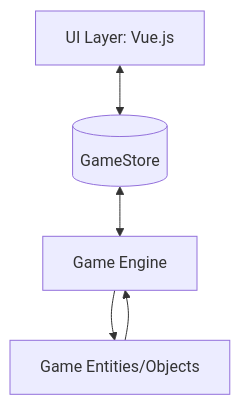
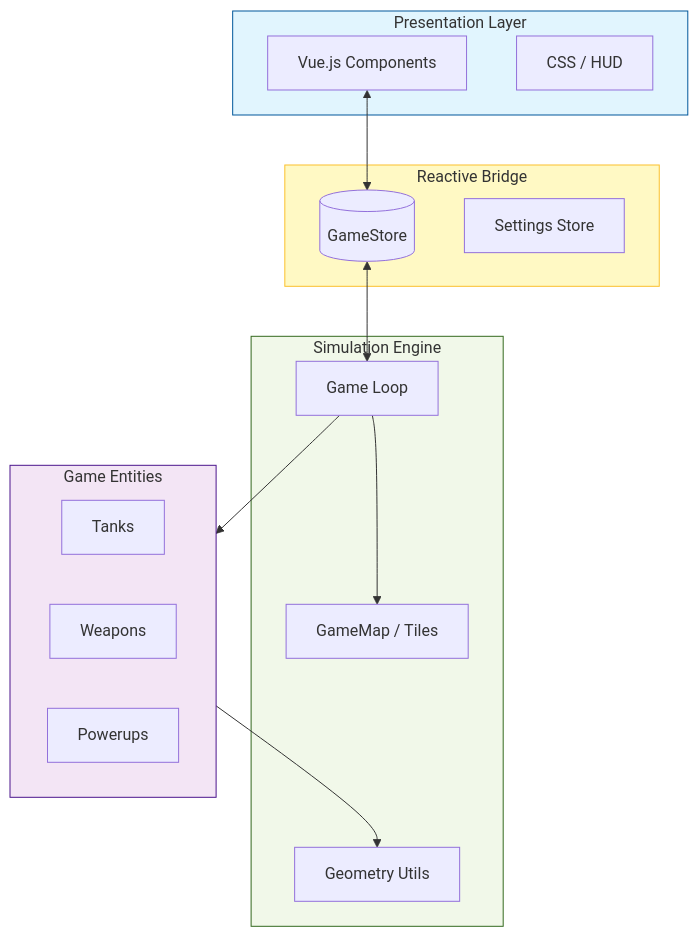
Before and after one commit to ctftnks/ctftnks.github.io: the first of 2 diagrams in docs/architecture/05_building_block_view.md, drawn with Mermaid. The commit also changed other lines of this file and 2 other files, not shown here.

Commit message:
docs: update architecture documentation

````diff
--- a/docs/architecture/05_building_block_view.md
+++ b/docs/architecture/05_building_block_view.md
@@ -7,12 +7,36 @@
 ```mermaid
 graph TD
-UI[UI Layer: Vue.js]
-    Engine[Game Engine]
-    Entities[Game Entities/Objects]
-    Store[(GameStore)]
+    subgraph UI [Presentation Layer]
+        Vue[Vue.js Components]
+        Style[CSS / HUD]
+    end
 
-UI <--> Store
-    Store <--> Engine
-    Engine --> Entities
-    Entities --> Engine
+    subgraph State [Reactive Bridge]
+        Store[(GameStore)]
+        Settings[Settings Store]
+    end
+
+    subgraph Engine [Simulation Engine]
+        Loop[Game Loop]
+        Map[GameMap / Tiles]
+        Physics[Geometry Utils]
+    end
+
+    subgraph Objects [Game Entities]
+        Tanks[Tanks]
+        Weapons[Weapons]
+        Powerups[Powerups]
+    end
+
+    Vue <--> Store
+    Store <--> Loop
+    Loop --> Map
+    Loop --> Objects
+    Objects --> Physics
+
+    %% Styling
+    style UI fill:#e1f5fe,stroke:#01579b
+    style State fill:#fff9c4,stroke:#fbc02d
+    style Engine fill:#f1f8e9,stroke:#33691e
+    style Objects fill:#f3e5f5,stroke:#4a148c
 ```
````
